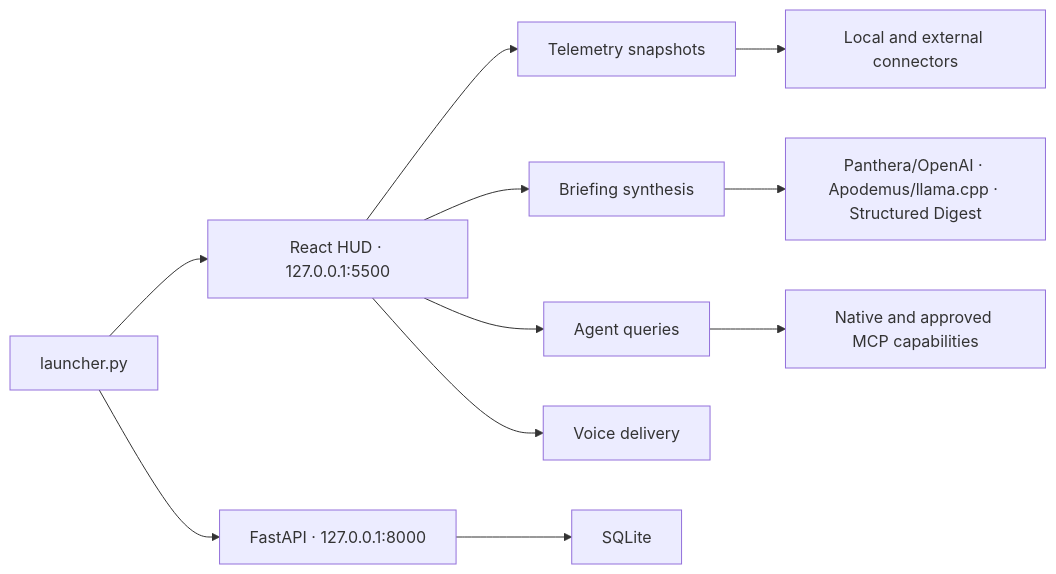
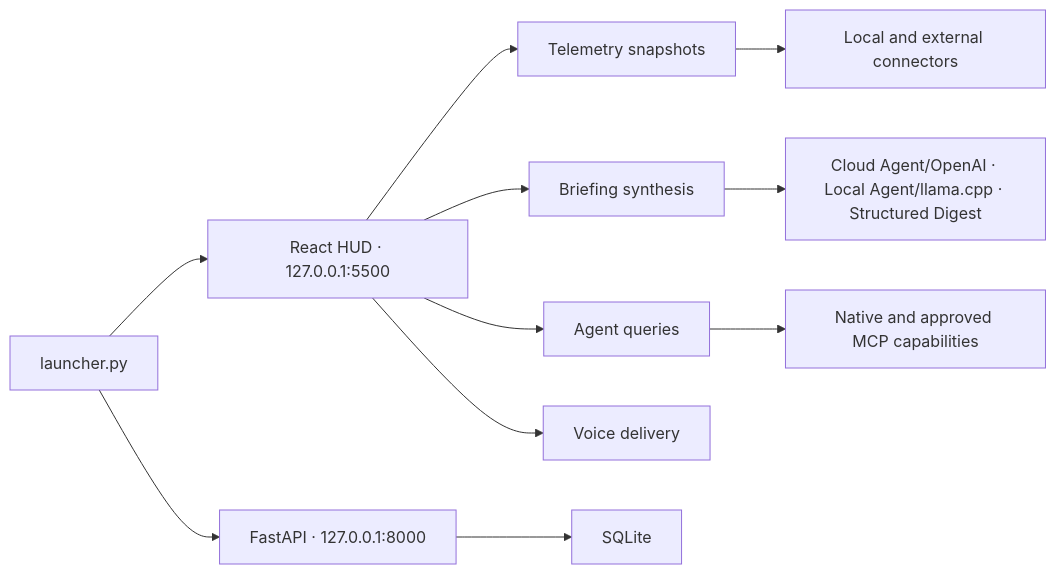
One commit to edumarcano/APEX changed the diagram in README.md. Above: the diagram before and after it, drawn with Mermaid. The commit also changed other lines of this file and 5 other files, not shown here.

````diff
--- a/README.md
+++ b/README.md
@@ -70,13 +72,13 @@
 ```mermaid
 flowchart LR
     L["launcher.py"] --> API["FastAPI · 127.0.0.1:8000"]
     L --> HUD["React HUD · 127.0.0.1:5500"]
     HUD --> T["Telemetry snapshots"]
     HUD --> B["Briefing synthesis"]
     HUD --> A["Agent queries"]
     HUD --> V["Voice delivery"]
     T --> C["Local and external connectors"]
-    B --> M["Panthera/OpenAI · Apodemus/llama.cpp · Structured Digest"]
+    B --> M["Cloud Agent/OpenAI · Local Agent/llama.cpp · Structured Digest"]
     A --> P["Native and approved MCP capabilities"]
     API --> DB["SQLite"]
 ```
````
